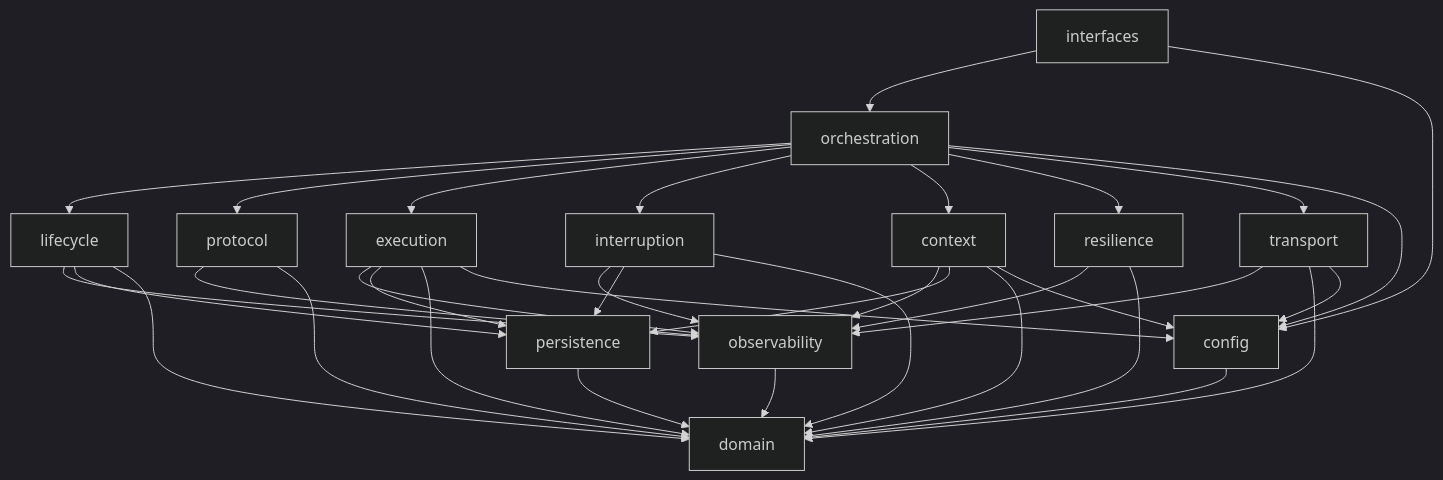
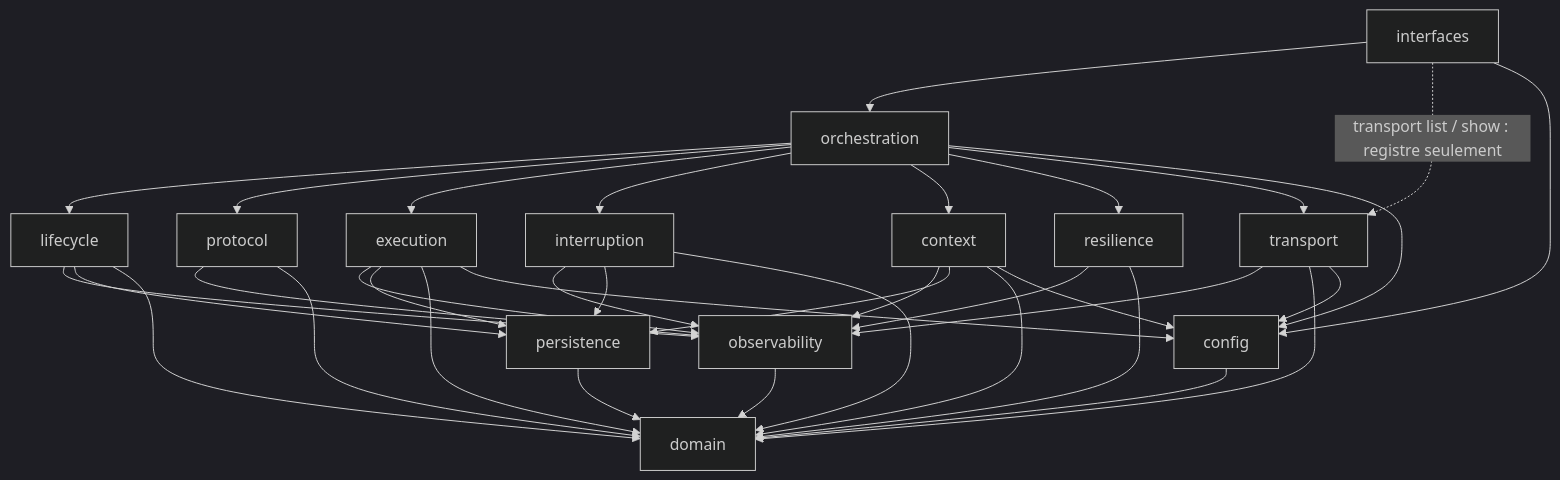
Before and after one commit to moabidi91/agentic-local-app: the diagram in docs/architecture/09-module-map.md, drawn with Mermaid (dark theme). The commit also changed other lines of this file and 21 other files, not shown here.

````diff
--- a/docs/architecture/09-module-map.md
+++ b/docs/architecture/09-module-map.md
@@ -86,10 +93,11 @@
 ```mermaid
 flowchart TB
     IF[interfaces] --> ORC[orchestration]
+    IF -. "transport list / show : registre seulement" .-> TR
     ORC --> LC[lifecycle] & PA[protocol] & EX[execution] & IH[interruption] & CX[context] & RS[resilience] & TR[transport]
     LC & PA & EX & IH & CX & RS & TR --> OBS[observability]
     LC & EX & CX & IH --> PS[persistence]
     LC & PA & EX & IH & CX & RS & TR & OBS & PS --> DOM[domain]
     CF[config] --> DOM
     IF & ORC & EX & TR & CX --> CF
 ```
````
